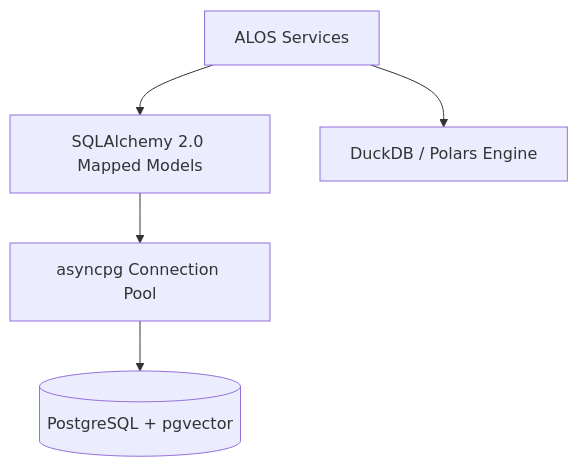
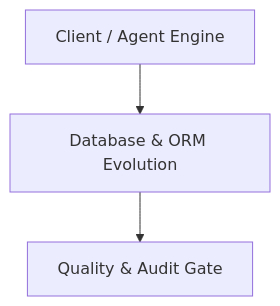
Before and after one commit to brandon-fox/alos: the diagram in specs/10-database-and-orm-evolution/plan.md, drawn with Mermaid. The commit also changed other lines of this file and 48 other files, not shown here.

````diff
--- a/specs/10-database-and-orm-evolution/plan.md
+++ b/specs/10-database-and-orm-evolution/plan.md
@@ -3,7 +5,5 @@
 ```mermaid
 graph TD
-    App[ALOS Services] --> ORM[SQLAlchemy 2.0 Mapped Models]
-    ORM --> Pool[asyncpg Connection Pool]
-    Pool --> DB[(PostgreSQL + pgvector)]
-    App --> Analytics[DuckDB / Polars Engine]
+    Client[Client / Agent Engine] --> Component[Database & ORM Evolution]
+    Component --> QualityGate[Quality & Audit Gate]
 ```
````
